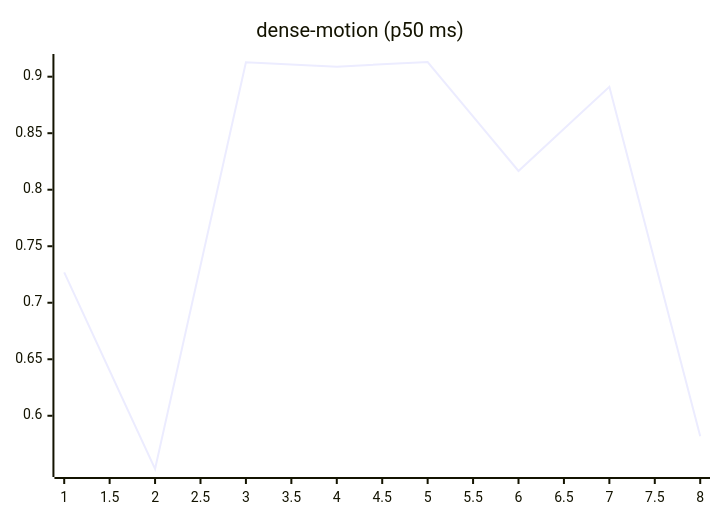
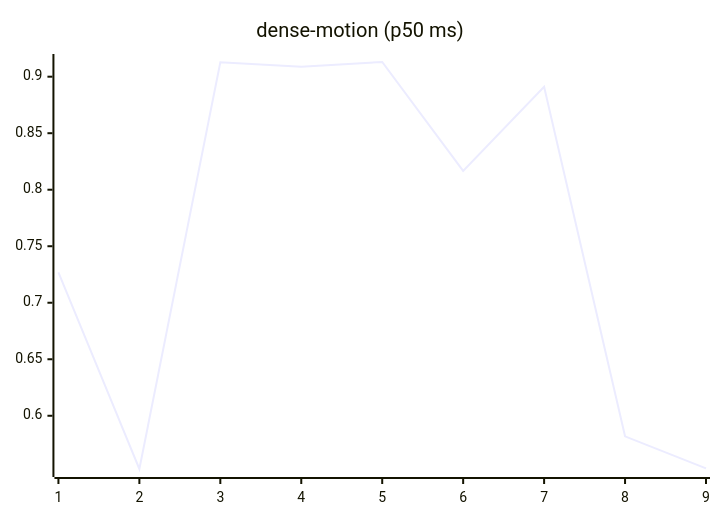
The ninth of 27 diagrams in README.md (josha/Facet), drawn with Mermaid before and after one commit. The commit also changed other lines of this file and 2 other files, not shown here.

````diff
--- a/README.md
+++ b/README.md
@@ -119,6 +119,6 @@
 ```mermaid
 xychart-beta
     title "dense-motion (p50 ms)"
-    x-axis 1 --> 8
-    line [0.7269, 0.5529, 0.9128, 0.9089, 0.9130, 0.8166, 0.8911, 0.5818]
+    x-axis 1 --> 9
+    line [0.7269, 0.5529, 0.9128, 0.9089, 0.9130, 0.8166, 0.8911, 0.5818, 0.5534]
 ```
````
